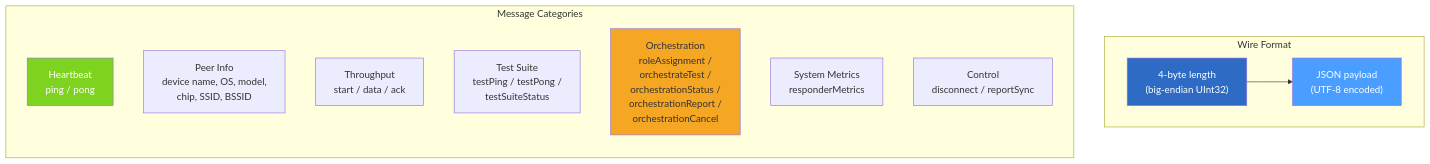
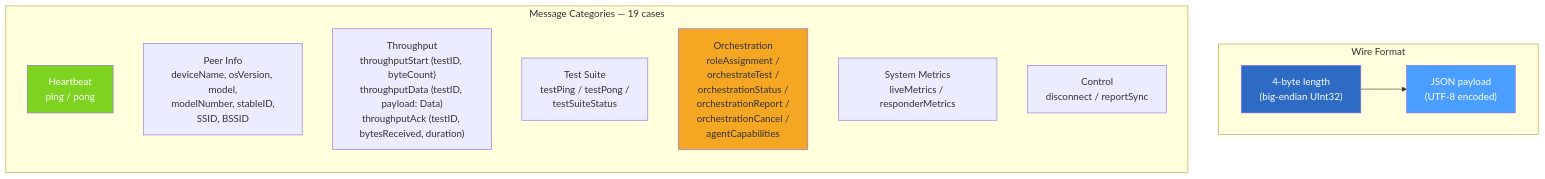
The fourth of 11 diagrams in docs/current_architecture.md (chrlyons/iPadDx), drawn with Mermaid before and after one commit. The commit also changed other lines of this file and 61 other files, not shown here.

````diff
--- a/docs/current_architecture.md
+++ b/docs/current_architecture.md
@@ -102,23 +124,23 @@
 ```mermaid
 flowchart TB
     subgraph "Wire Format"
         direction LR
         LEN["4-byte length<br/>(big-endian UInt32)"] --> JSON["JSON payload<br/>(UTF-8 encoded)"]
     end
 
-    subgraph "Message Categories"
+    subgraph "Message Categories — 19 cases"
         direction TB
         HB[Heartbeat<br/>ping / pong]
-        PI[Peer Info<br/>device name, OS, model,<br/>chip, SSID, BSSID]
-        TP[Throughput<br/>start / data / ack]
+        PI[Peer Info<br/>deviceName, osVersion, model,<br/>modelNumber, stableID,<br/>SSID, BSSID]
+        TP["Throughput<br/>throughputStart (testID, byteCount)<br/>throughputData (testID, payload: Data)<br/>throughputAck (testID, bytesReceived, duration)"]
         TS[Test Suite<br/>testPing / testPong /<br/>testSuiteStatus]
-        OR[Orchestration<br/>roleAssignment /<br/>orchestrateTest /<br/>orchestrationStatus /<br/>orchestrationReport /<br/>orchestrationCancel]
-        SM[System Metrics<br/>responderMetrics]
+        OR[Orchestration<br/>roleAssignment /<br/>orchestrateTest /<br/>orchestrationStatus /<br/>orchestrationReport /<br/>orchestrationCancel /<br/>agentCapabilities]
+        SM[System Metrics<br/>liveMetrics / responderMetrics]
         CT[Control<br/>disconnect / reportSync]
     end
 
     style LEN fill:#2d6bc4,color:#fff
     style JSON fill:#4a9eff,color:#fff
     style HB fill:#7ed321,color:#fff
     style OR fill:#f5a623,color:#333
 ```
````
